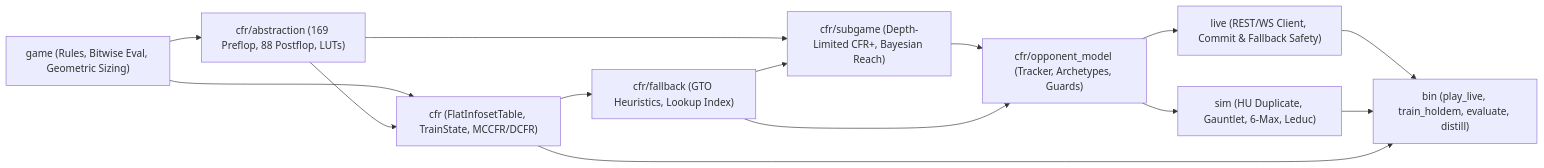
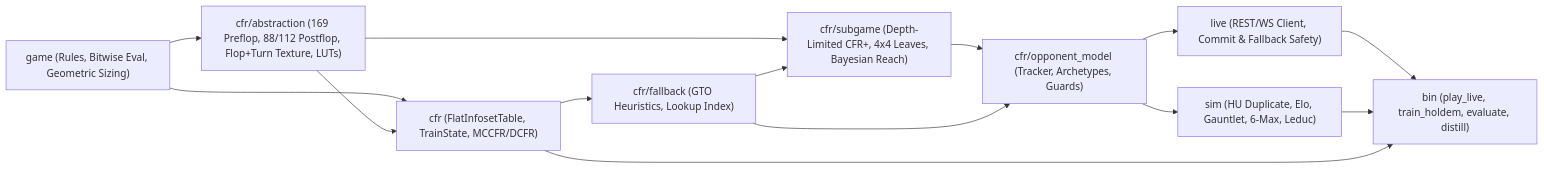
One commit to LilRaime/lil-poker-mccfr changed the first of 2 diagrams in docs/architecture.md. Above: the diagram before and after it, drawn with Mermaid. The commit also changed other lines of this file and 54 other files, not shown here.

Commit message:
feat(cfr,subgame,live): extended 112-bucket abstraction, 4x4 continuation leaves, reach carryover, and round-robin Elo

````diff
--- a/docs/architecture.md
+++ b/docs/architecture.md
@@ -11,16 +11,16 @@
 ```mermaid
 flowchart LR
     Game["game (Rules, Bitwise Eval, Geometric Sizing)"] --> CFR["cfr (FlatInfosetTable, TrainState, MCCFR/DCFR)"]
-    Game --> Abstraction["cfr/abstraction (169 Preflop, 88 Postflop, LUTs)"]
+    Game --> Abstraction["cfr/abstraction (169 Preflop, 88/112 Postflop, Flop+Turn Texture, LUTs)"]
     Abstraction --> CFR
-    Abstraction --> Subgame["cfr/subgame (Depth-Limited CFR+, Bayesian Reach)"]
+    Abstraction --> Subgame["cfr/subgame (Depth-Limited CFR+, 4x4 Leaves, Bayesian Reach)"]
     CFR --> Fallback["cfr/fallback (GTO Heuristics, Lookup Index)"]
     Fallback --> Subgame
     Subgame --> OppModel["cfr/opponent_model (Tracker, Archetypes, Guards)"]
     Fallback --> OppModel
     OppModel --> Live["live (REST/WS Client, Commit & Fallback Safety)"]
-    OppModel --> Sim["sim (HU Duplicate, Gauntlet, 6-Max, Leduc)"]
+    OppModel --> Sim["sim (HU Duplicate, Elo, Gauntlet, 6-Max, Leduc)"]
     Live --> Bin["bin (play_live, train_holdem, evaluate, distill)"]
     Sim --> Bin
     CFR --> Bin
 ```
````
